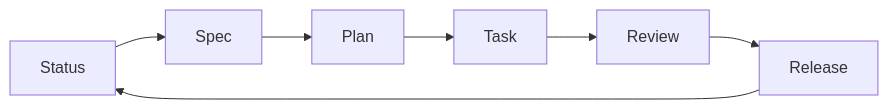
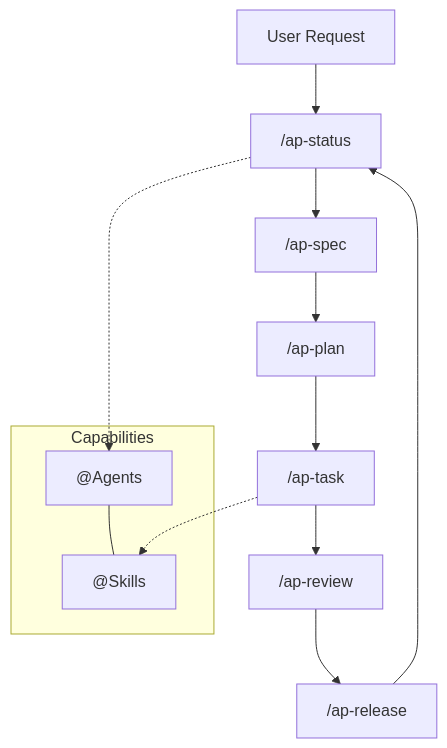
Before and after one commit to xiivthx/opencode-team: the diagram in README.md, drawn with Mermaid. The commit also changed other lines of this file and 29 other files, not shown here.

````diff
--- a/README.md
+++ b/README.md
@@ -9,9 +17,17 @@
 ```mermaid
-graph LR
-    Status --> Spec
-    Spec --> Plan
-    Plan --> Task
-    Task --> Review
-    Review --> Release
+graph TD
+    User["User Request"] --> Status["/ap-status"]
+    Status --> Spec["/ap-spec"]
+    Spec --> Plan["/ap-plan"]
+    Plan --> Task["/ap-task"]
+    Task --> Review["/ap-review"]
+    Review --> Release["/ap-release"]
     Release --> Status
+    
+    subgraph "Capabilities"
+    Agents["@Agents"] --- Skills["@Skills"]
+    end
+    
+    Status -.-> Agents
+    Task -.-> Skills
 ```
````
